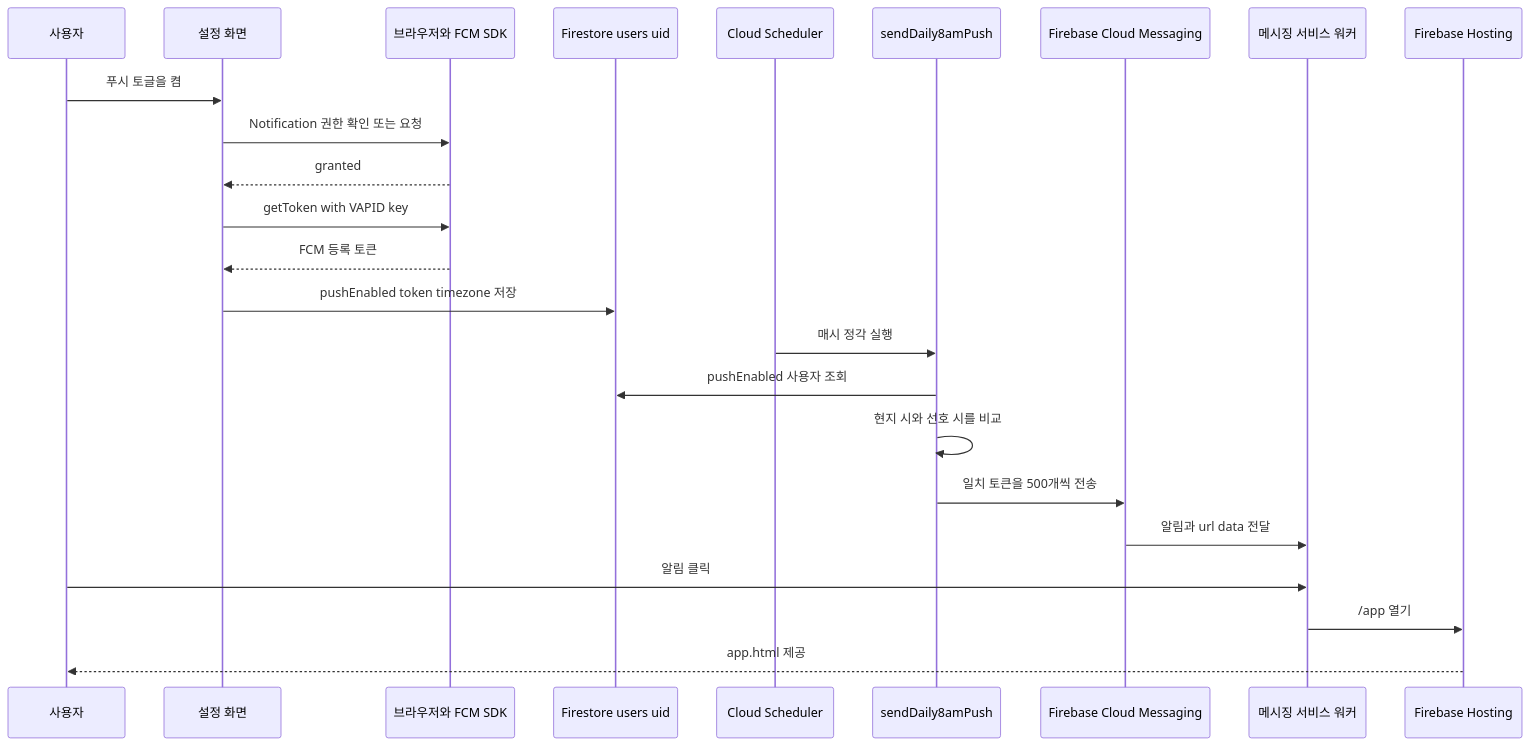
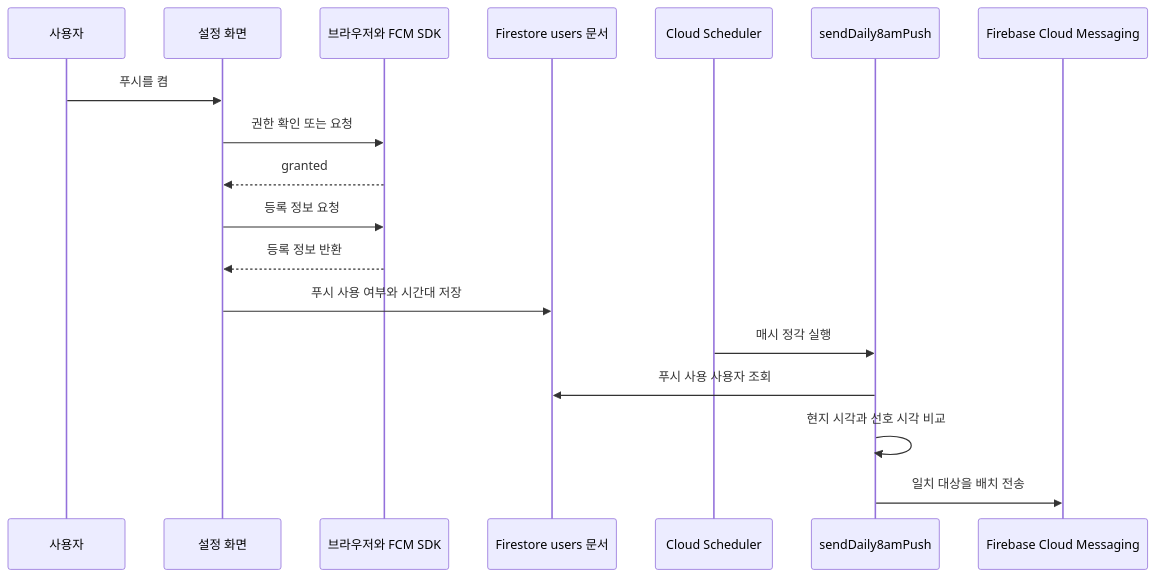
Before and after one commit to chucoding/code-recall: the first of 2 diagrams in openwiki/operations/push-notifications.md, drawn with Mermaid. The commit also changed other lines of this file and 26 other files, not shown here.

````diff
--- a/openwiki/operations/push-notifications.md
+++ b/openwiki/operations/push-notifications.md
@@ -35,27 +35,21 @@
 ```mermaid
 sequenceDiagram
   participant User as 사용자
   participant Settings as 설정 화면
   participant Browser as 브라우저와 FCM SDK
-  participant Store as Firestore users uid
+  participant Store as Firestore users 문서
   participant Scheduler as Cloud Scheduler
   participant Job as sendDaily8amPush
   participant FCM as Firebase Cloud Messaging
-  participant Worker as 메시징 서비스 워커
-  participant Hosting as Firebase Hosting
 
-  User->>Settings: 푸시 토글을 켬
-  Settings->>Browser: Notification 권한 확인 또는 요청
+  User->>Settings: 푸시를 켬
+  Settings->>Browser: 권한 확인 또는 요청
   Browser-->>Settings: granted
-  Settings->>Browser: getToken with VAPID key
-  Browser-->>Settings: FCM 등록 토큰
-  Settings->>Store: pushEnabled token timezone 저장
+  Settings->>Browser: 등록 정보 요청
+  Browser-->>Settings: 등록 정보 반환
+  Settings->>Store: 푸시 사용 여부와 시간대 저장
   Scheduler->>Job: 매시 정각 실행
-  Job->>Store: pushEnabled 사용자 조회
-  Job->>Job: 현지 시와 선호 시를 비교
-  Job->>FCM: 일치 토큰을 500개씩 전송
-  FCM->>Worker: 알림과 url data 전달
-  User->>Worker: 알림 클릭
-  Worker->>Hosting: /app 열기
-  Hosting-->>User: app.html 제공
+  Job->>Store: 푸시 사용 사용자 조회
+  Job->>Job: 현지 시각과 선호 시각 비교
+  Job->>FCM: 일치 대상을 배치 전송
 ```
````
